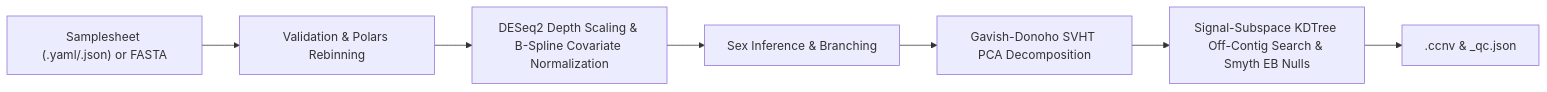
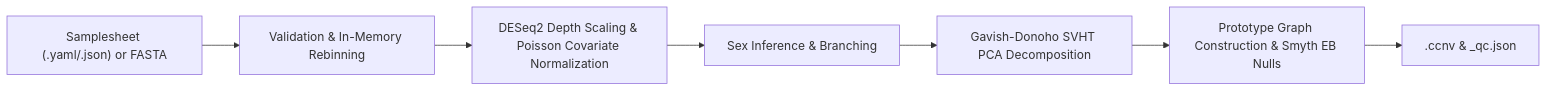
One commit to matthdsm/ccnv changed the second of 3 diagrams in docs/cli.md. Above: the diagram before and after it, drawn with Mermaid. The commit also changed other lines of this file and 123 other files, not shown here.

First line of the commit message:
feat: upgrade ccnv to Schema v2.0.0 with Rust I/O core and redesigned statistical/prenatal pipeline (#24)

````diff
--- a/docs/cli.md
+++ b/docs/cli.md
@@ -76,9 +75,9 @@
 ```mermaid
 flowchart LR
-    A["Samplesheet (.yaml/.json) or FASTA"] --> B["Validation & Polars Rebinning"]
-    B --> C["DESeq2 Depth Scaling & B-Spline Covariate Normalization"]
+    A["Samplesheet (.yaml/.json) or FASTA"] --> B["Validation & In-Memory Rebinning"]
+    B --> C["DESeq2 Depth Scaling & Poisson Covariate Normalization"]
     C --> D["Sex Inference & Branching"]
     D --> E["Gavish-Donoho SVHT PCA Decomposition"]
-    E --> F["Signal-Subspace KDTree Off-Contig Search & Smyth EB Nulls"]
+    E --> F["Prototype Graph Construction & Smyth EB Nulls"]
     F --> G["<prefix>.ccnv & <prefix>_qc.json"]
 ```
````
